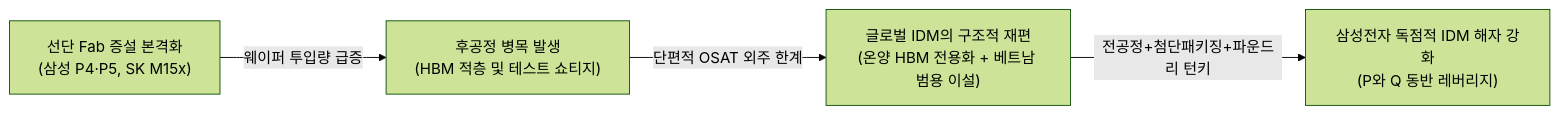
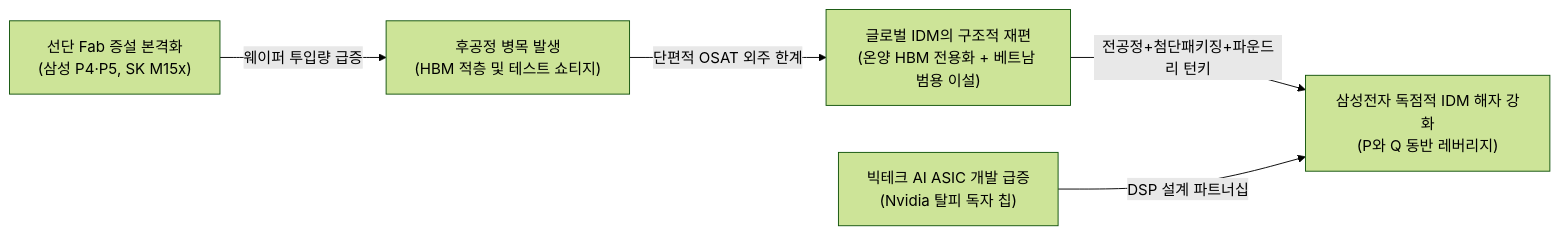
The diagram in Stock_Research/삼성전자/3_Final_Reports/Phase2_Story.md (eve830521-cmd/my-skill), drawn with Mermaid (forest theme) before and after one commit. The commit also changed other lines of this file and 18 other files, not shown here.

````diff
--- a/Stock_Research/삼성전자/3_Final_Reports/Phase2_Story.md
+++ b/Stock_Research/삼성전자/3_Final_Reports/Phase2_Story.md
@@ -70,6 +96,7 @@
 ```mermaid
 graph LR
     A["선단 Fab 증설 본격화<br>(삼성 P4·P5, SK M15x)"] -->|"웨이퍼 투입량 급증"| B["후공정 병목 발생<br>(HBM 적층 및 테스트 쇼티지)"]
     B -->|"단편적 OSAT 외주 한계"| C["글로벌 IDM의 구조적 재편<br>(온양 HBM 전용화 + 베트남 범용 이설)"]
     C -->|"전공정+첨단패키징+파운드리 턴키"| D["삼성전자 독점적 IDM 해자 강화<br>(P와 Q 동반 레버리지)"]
+    E["빅테크 AI ASIC 개발 급증<br>(Nvidia 탈피 독자 칩)"] -->|"DSP 설계 파트너십"| D
 ```
````
